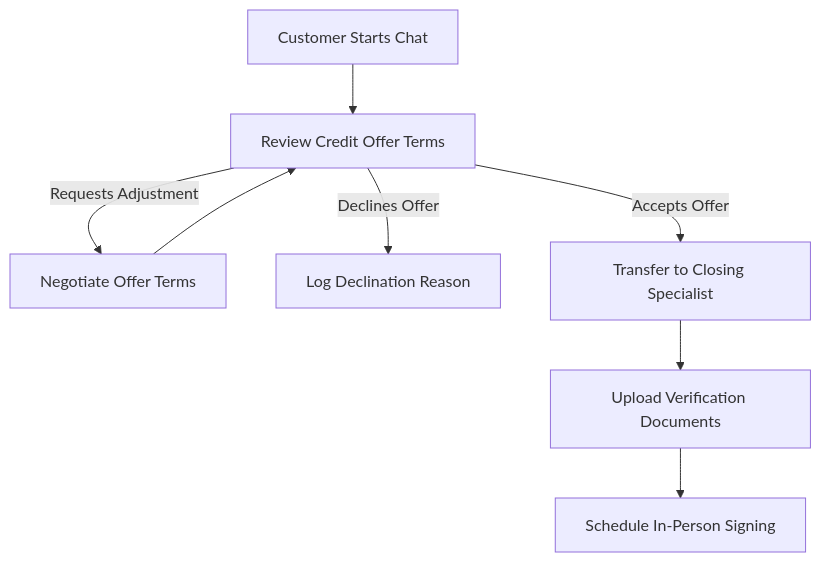
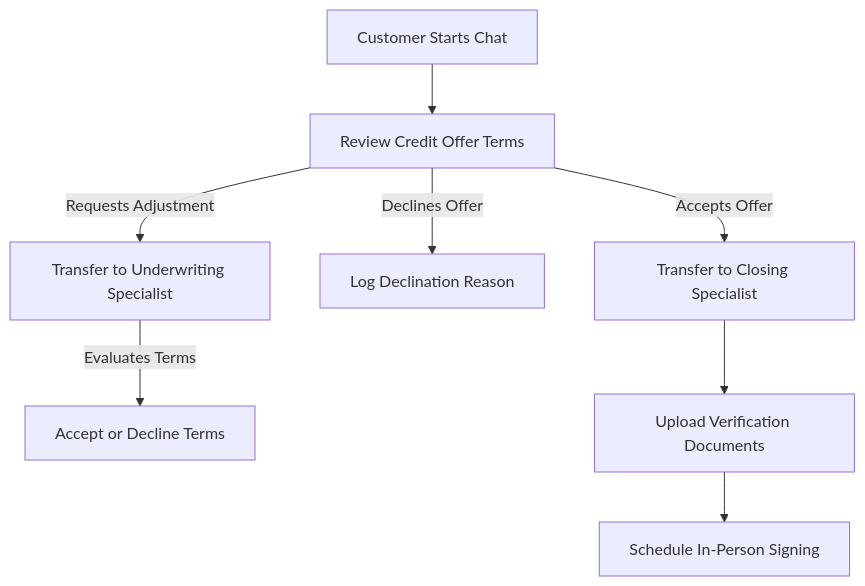
One commit to sofiamejiamuro-g/cxas-scrapi-test-BankCreditOfferAdvisor changed the diagram in README.md. Above: the diagram before and after it, drawn with Mermaid. The commit also changed other lines of this file and 9 other files, not shown here.

````diff
--- a/README.md
+++ b/README.md
@@ -12,10 +12,10 @@
 ```mermaid
 graph TD
     Start[Customer Starts Chat] --> Review[Review Credit Offer Terms]
-    Review -->|Requests Adjustment| Negotiate[Negotiate Offer Terms]
-    Negotiate --> Review
+    Review -->|Requests Adjustment| Negotiate[Transfer to Underwriting Specialist]
+    Negotiate -->|Evaluates Terms| Decision[Accept or Decline Terms]
     Review -->|Declines Offer| Decline[Log Declination Reason]
     Review -->|Accepts Offer| Closing[Transfer to Closing Specialist]
     Closing --> Upload[Upload Verification Documents]
     Upload --> Schedule[Schedule In-Person Signing]
 ```
````
